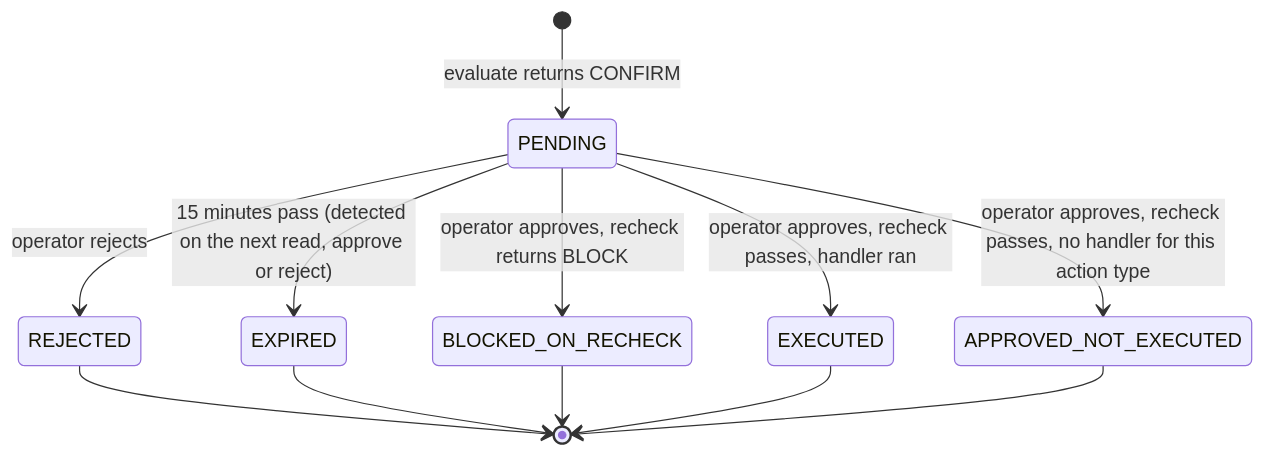
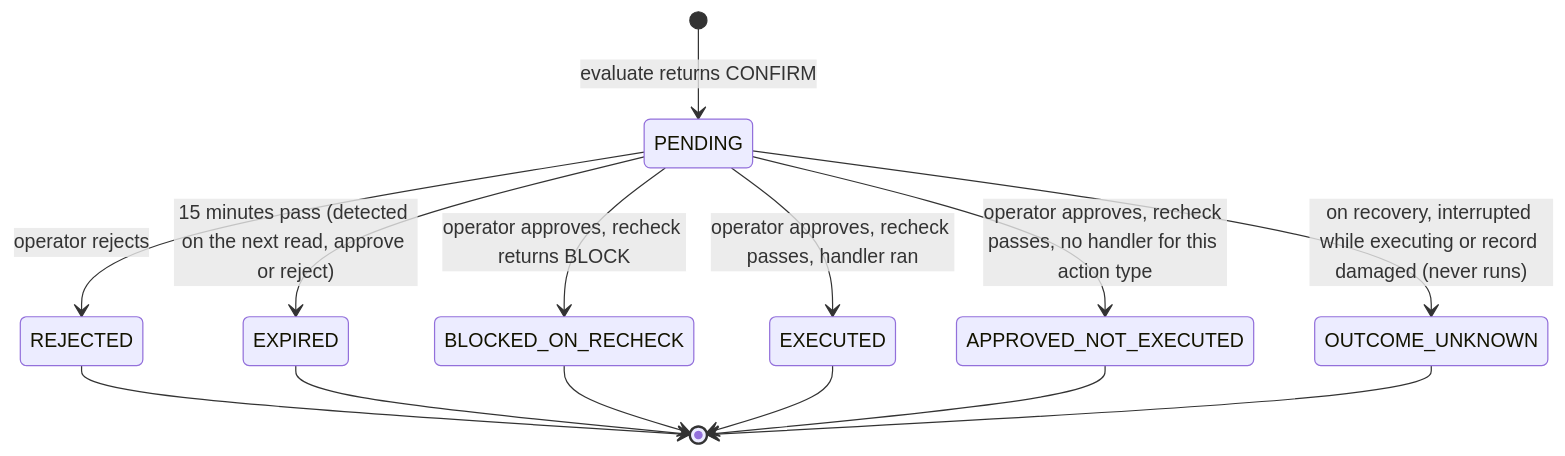
One commit to 123Anujyadav/AgentShield changed the second of 2 diagrams in docs/architecture.md. Above: the diagram before and after it, drawn with Mermaid. The commit also changed other lines of this file and 28 other files, not shown here.

````diff
--- a/docs/architecture.md
+++ b/docs/architecture.md
@@ -233,14 +233,16 @@
 ```mermaid
 stateDiagram-v2
   [*] --> PENDING: evaluate returns CONFIRM
   PENDING --> REJECTED: operator rejects
   PENDING --> EXPIRED: 15 minutes pass (detected on the next read, approve or reject)
   PENDING --> BLOCKED_ON_RECHECK: operator approves, recheck returns BLOCK
   PENDING --> EXECUTED: operator approves, recheck passes, handler ran
   PENDING --> APPROVED_NOT_EXECUTED: operator approves, recheck passes, no handler for this action type
+  PENDING --> OUTCOME_UNKNOWN: on recovery, interrupted while executing or record damaged (never runs)
   REJECTED --> [*]
   EXPIRED --> [*]
   BLOCKED_ON_RECHECK --> [*]
   EXECUTED --> [*]
   APPROVED_NOT_EXECUTED --> [*]
+  OUTCOME_UNKNOWN --> [*]
 ```
````
